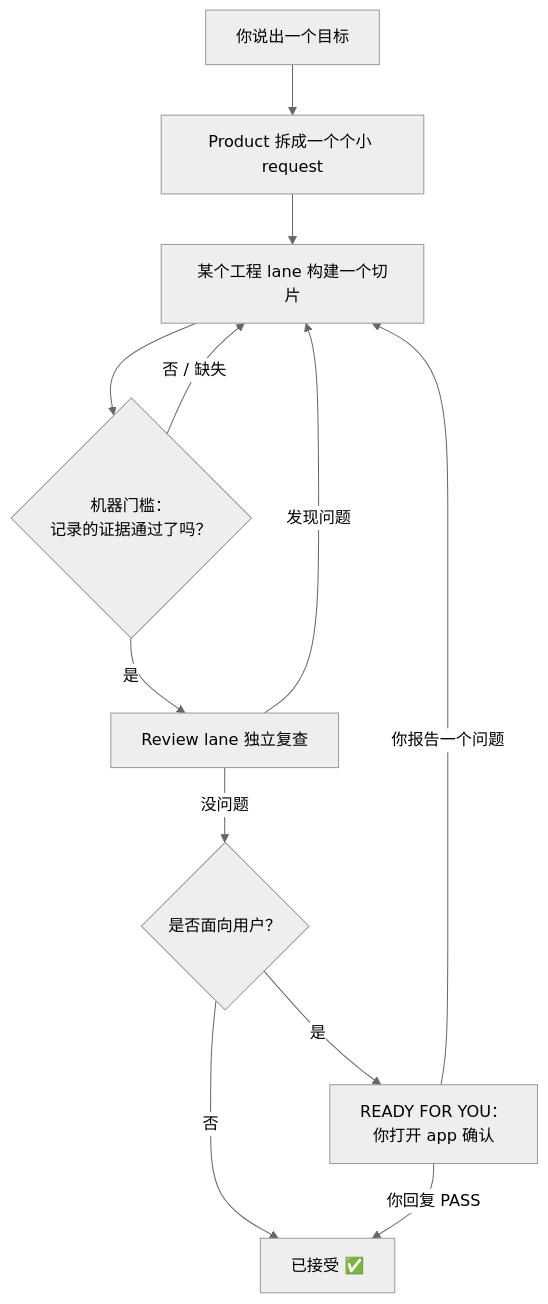
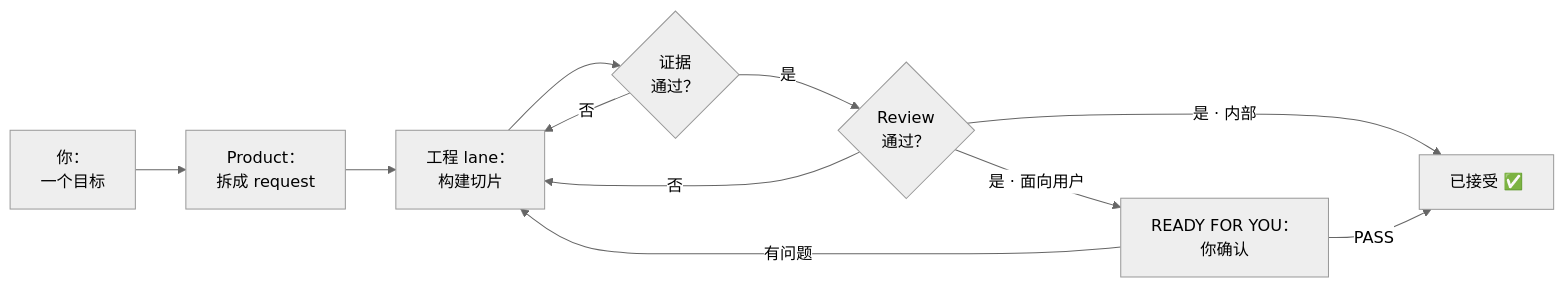
Before and after one commit to hanco1/codex-app-loop-crew: the diagram in README.zh-CN.md, drawn with Mermaid (neutral theme). The commit also changed other lines of this file and 1 other file, not shown here.

Commit message:
docs: make the flow diagram compact (left-to-right) and foldable
The top-down flowchart was very tall; switched to a horizontal LR layout with
terser labels (~135px vs ~700px) and wrapped it in a <details> fold. Bilingual.

````diff
--- a/README.zh-CN.md
+++ b/README.zh-CN.md
@@ -112,14 +115,12 @@
 ```mermaid
-flowchart TD
-    A["你说出一个目标"] --> B["Product 拆成一个个小 request"]
-    B --> C["某个工程 lane 构建一个切片"]
-    C --> D{"机器门槛：<br/>记录的证据通过了吗？"}
-    D -- "否 / 缺失" --> C
-    D -- "是" --> E["Review lane 独立复查"]
-    E -- "发现问题" --> C
-    E -- "没问题" --> F{"是否面向用户？"}
-    F -- "否" --> H["已接受 ✅"]
-    F -- "是" --> G["READY FOR YOU：<br/>你打开 app 确认"]
-    G -- "你回复 PASS" --> H
-    G -- "你报告一个问题" --> C
+flowchart LR
+    A["你：<br/>一个目标"] --> B["Product：<br/>拆成 request"] --> C["工程 lane：<br/>构建切片"]
+    C --> D{"证据<br/>通过？"}
+    D -- 否 --> C
+    D -- 是 --> E{"Review<br/>通过？"}
+    E -- 否 --> C
+    E -- "是 · 内部" --> H["已接受 ✅"]
+    E -- "是 · 面向用户" --> G["READY FOR YOU：<br/>你确认"]
+    G -- PASS --> H
+    G -- 有问题 --> C
 ```
````
